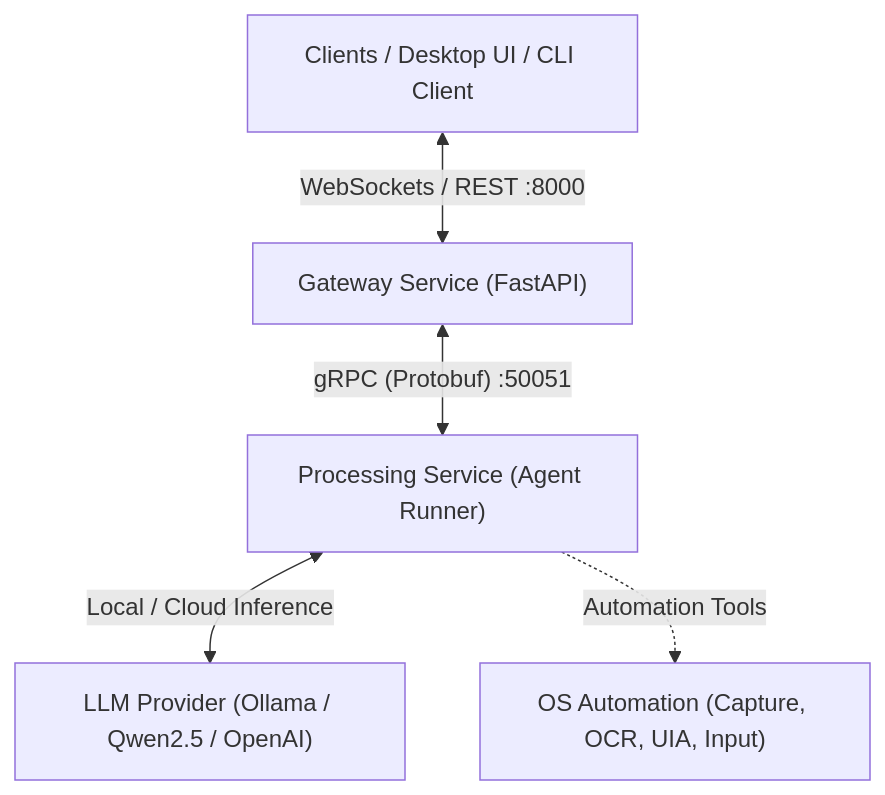
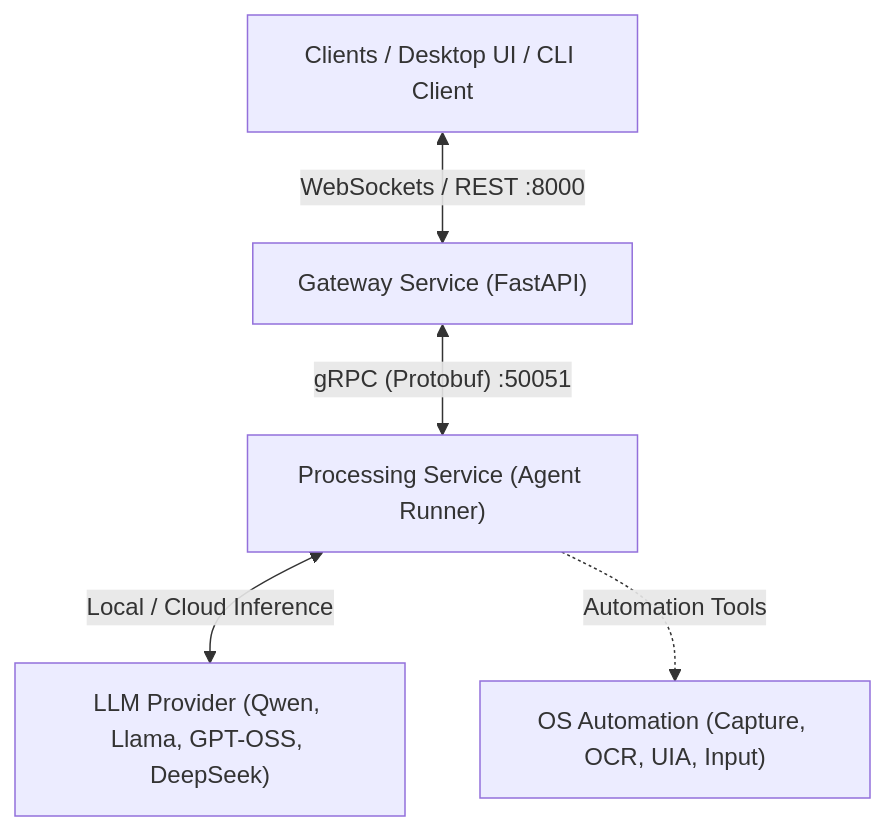
Before and after one commit to HarelZadok/Strata: the diagram in README.md, drawn with Mermaid. The commit also changed other lines of this file and 1 other file, not shown here.

Commit message:
docs: explicitly document support for Llama, DeepSeek, and GPT-OSS models

````diff
--- a/README.md
+++ b/README.md
@@ -11,7 +11,7 @@
 ```mermaid
 graph TD
     Client["Clients / Desktop UI / CLI Client"] <-->|"WebSockets / REST :8000"| Gateway["Gateway Service (FastAPI)"]
     Gateway <-->|"gRPC (Protobuf) :50051"| Processing["Processing Service (Agent Runner)"]
-    Processing <-->|"Local / Cloud Inference"| LLM["LLM Provider (Ollama / Qwen2.5 / OpenAI)"]
+    Processing <-->|"Local / Cloud Inference"| LLM["LLM Provider (Qwen, Llama, GPT-OSS, DeepSeek)"]
     Processing -.->|"Automation Tools"| OS["OS Automation (Capture, OCR, UIA, Input)"]
 ```
````
